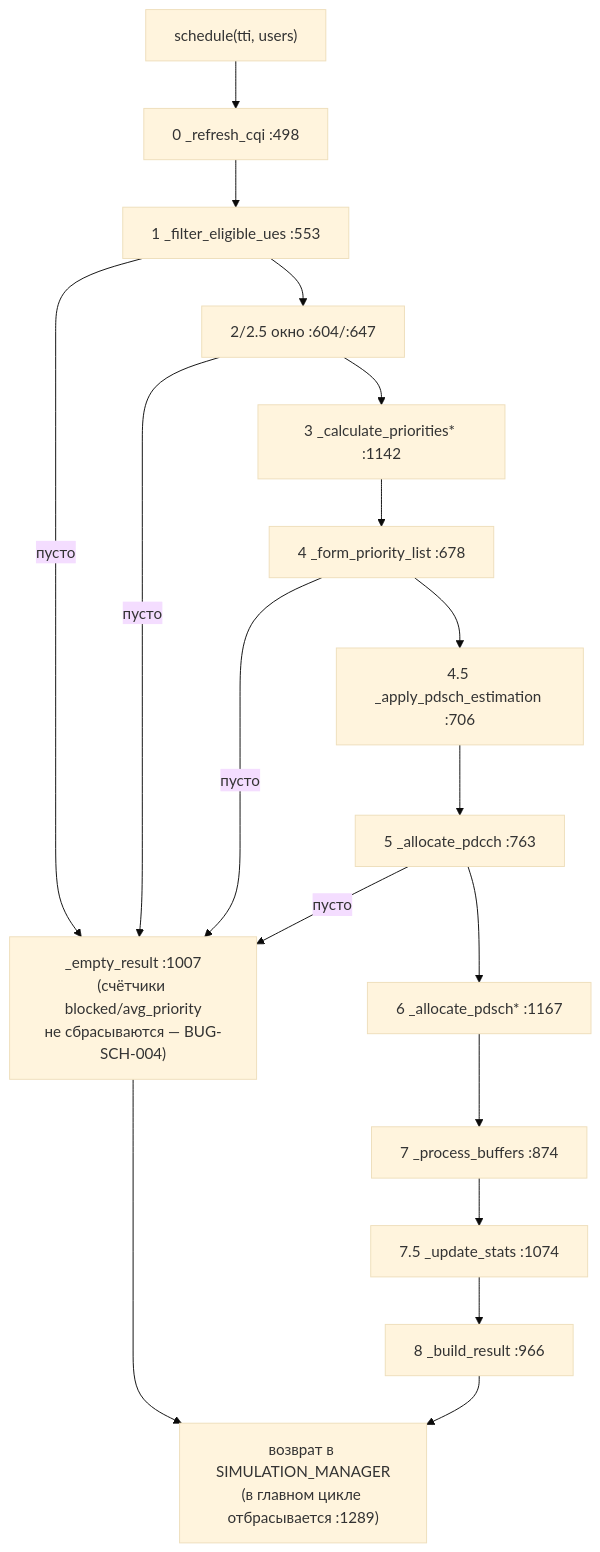
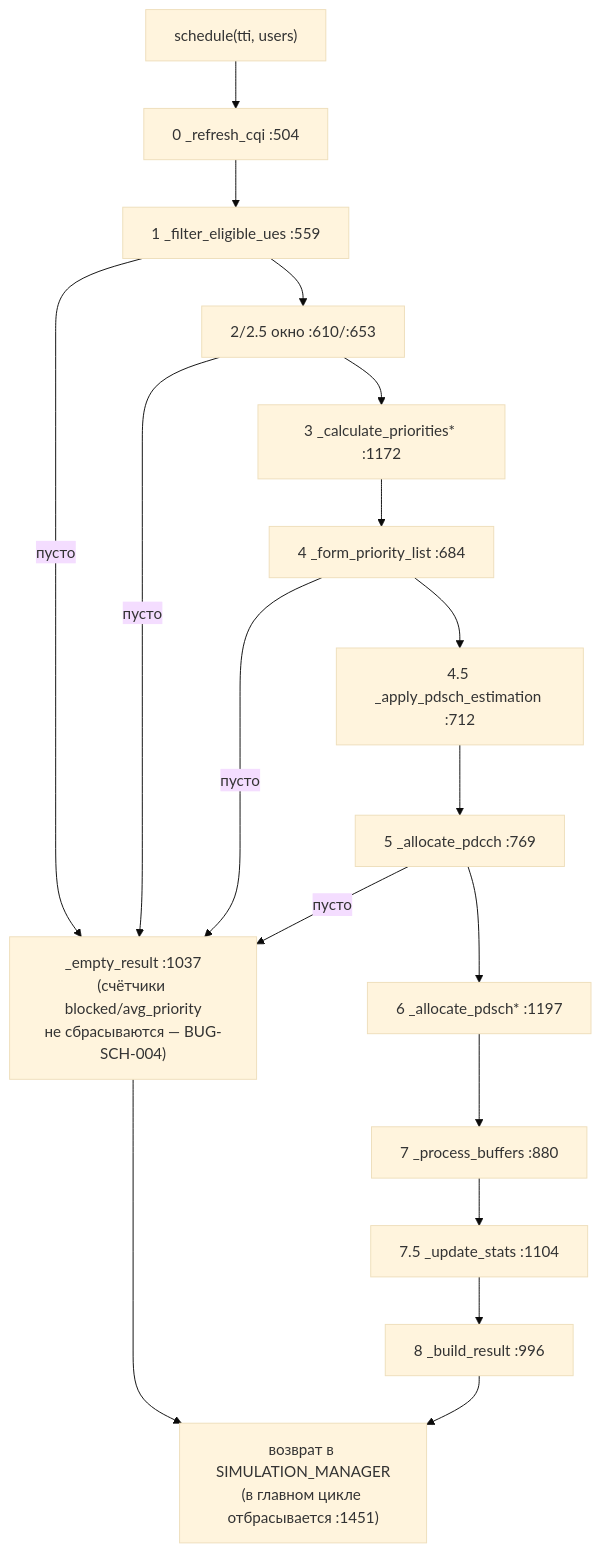
One commit to dokbrawn/REC-S5 changed the fifth of 11 diagrams in weeks/docs/diagrams.md. Above: the diagram before and after it, drawn with Mermaid (base theme). The commit also changed other lines of this file and 4 other files, not shown here.

````diff
--- a/weeks/docs/diagrams.md
+++ b/weeks/docs/diagrams.md
@@ -174,20 +190,20 @@
 ```mermaid
 flowchart TD
-    A["schedule(tti, users)"] --> B["0 _refresh_cqi :498"]
-    B --> C["1 _filter_eligible_ues :553"]
-    C -->|пусто| Z["_empty_result :1007<br/>(счётчики blocked/avg_priority<br/>не сбрасываются — BUG-SCH-004)"]
-    C --> D["2/2.5 окно :604/:647"]
+    A["schedule(tti, users)"] --> B["0 _refresh_cqi :504"]
+    B --> C["1 _filter_eligible_ues :559"]
+    C -->|пусто| Z["_empty_result :1037<br/>(счётчики blocked/avg_priority<br/>не сбрасываются — BUG-SCH-004)"]
+    C --> D["2/2.5 окно :610/:653"]
     D -->|пусто| Z
-    D --> E["3 _calculate_priorities* :1142"]
-    E --> F["4 _form_priority_list :678"]
+    D --> E["3 _calculate_priorities* :1172"]
+    E --> F["4 _form_priority_list :684"]
     F -->|пусто| Z
-    F --> G["4.5 _apply_pdsch_estimation :706"]
-    G --> H["5 _allocate_pdcch :763"]
+    F --> G["4.5 _apply_pdsch_estimation :712"]
+    G --> H["5 _allocate_pdcch :769"]
     H -->|пусто| Z
-    H --> I["6 _allocate_pdsch* :1167"]
-    I --> J["7 _process_buffers :874"]
-    J --> K["7.5 _update_stats :1074"]
-    K --> L["8 _build_result :966"]
-    Z --> M["возврат в SIMULATION_MANAGER<br/>(в главном цикле отбрасывается :1289)"]
+    H --> I["6 _allocate_pdsch* :1197"]
+    I --> J["7 _process_buffers :880"]
+    J --> K["7.5 _update_stats :1104"]
+    K --> L["8 _build_result :996"]
+    Z --> M["возврат в SIMULATION_MANAGER<br/>(в главном цикле отбрасывается :1451)"]
     L --> M
 ```
````
